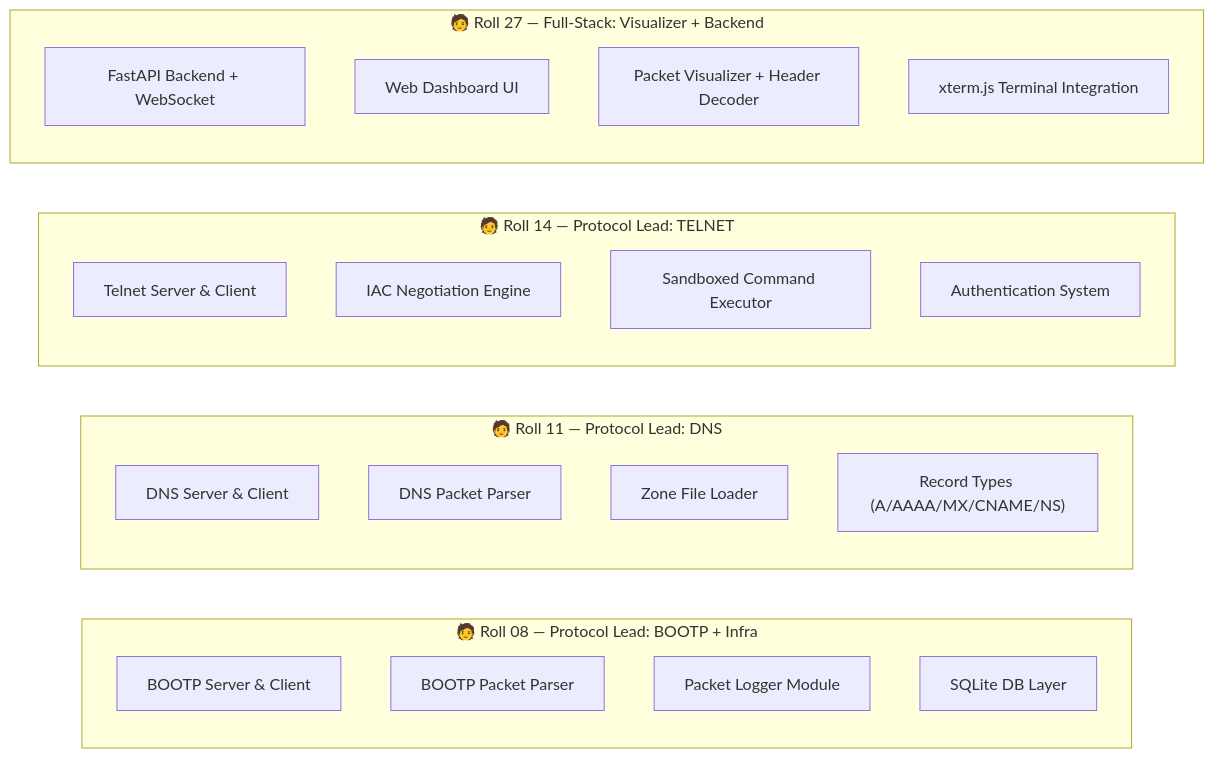
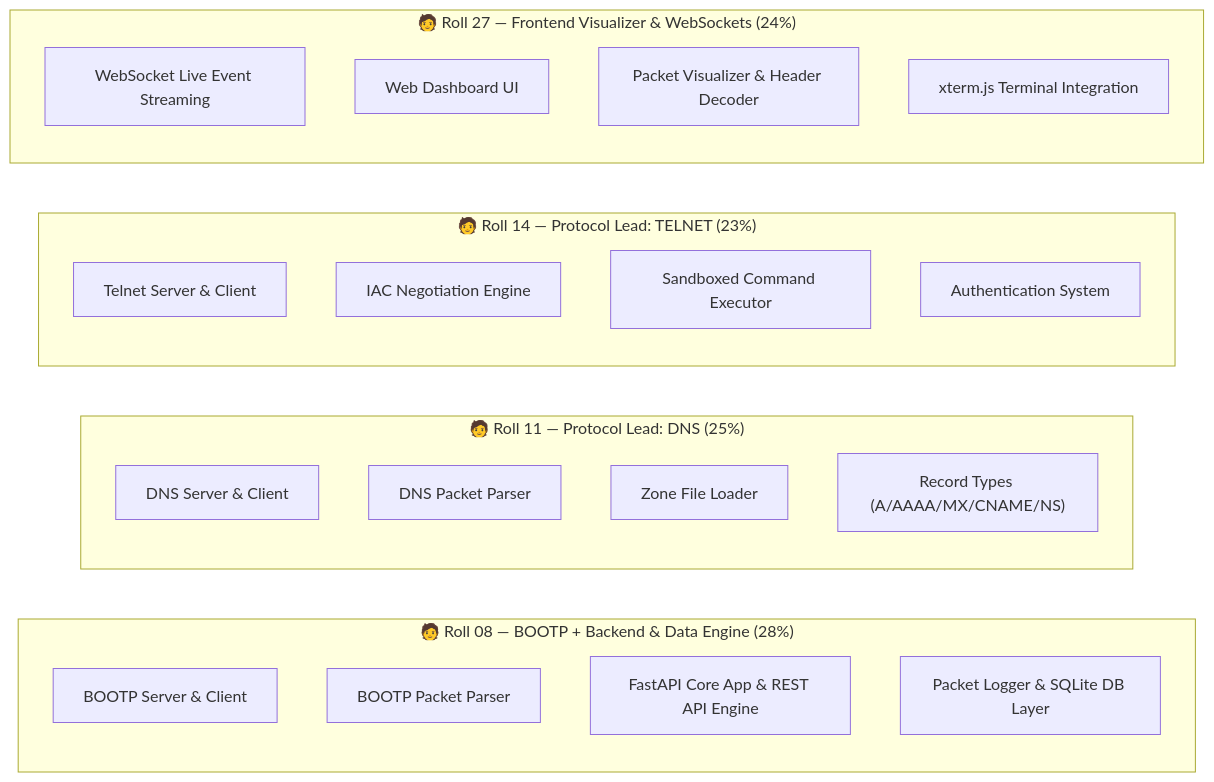
Before and after one commit to Sayanaditya/CN-group-project: the second of 3 diagrams in project-plan.md, drawn with Mermaid. The commit also changed other lines of this file, not shown here.

````diff
--- a/project-plan.md
+++ b/project-plan.md
@@ -272,30 +272,30 @@
 ```mermaid
 flowchart LR
-    subgraph R08["🧑 Roll 08 — Protocol Lead: BOOTP + Infra"]
+    subgraph R08["🧑 Roll 08 — BOOTP + Backend & Data Engine (28%)"]
         A1["BOOTP Server & Client"]
         A2["BOOTP Packet Parser"]
-        A3["Packet Logger Module"]
-        A4["SQLite DB Layer"]
+        A3["FastAPI Core App & REST API Engine"]
+        A4["Packet Logger & SQLite DB Layer"]
     end
 
-    subgraph R11["🧑 Roll 11 — Protocol Lead: DNS"]
+    subgraph R11["🧑 Roll 11 — Protocol Lead: DNS (25%)"]
         B1["DNS Server & Client"]
         B2["DNS Packet Parser"]
         B3["Zone File Loader"]
         B4["Record Types (A/AAAA/MX/CNAME/NS)"]
     end
 
-    subgraph R14["🧑 Roll 14 — Protocol Lead: TELNET"]
+    subgraph R14["🧑 Roll 14 — Protocol Lead: TELNET (23%)"]
         C1["Telnet Server & Client"]
         C2["IAC Negotiation Engine"]
         C3["Sandboxed Command Executor"]
         C4["Authentication System"]
     end
 
-    subgraph R27["🧑 Roll 27 — Full-Stack: Visualizer + Backend"]
-        D1["FastAPI Backend + WebSocket"]
+    subgraph R27["🧑 Roll 27 — Frontend Visualizer & WebSockets (24%)"]
+        D1["WebSocket Live Event Streaming"]
         D2["Web Dashboard UI"]
-        D3["Packet Visualizer + Header Decoder"]
+        D3["Packet Visualizer & Header Decoder"]
         D4["xterm.js Terminal Integration"]
     end
 ```
````
